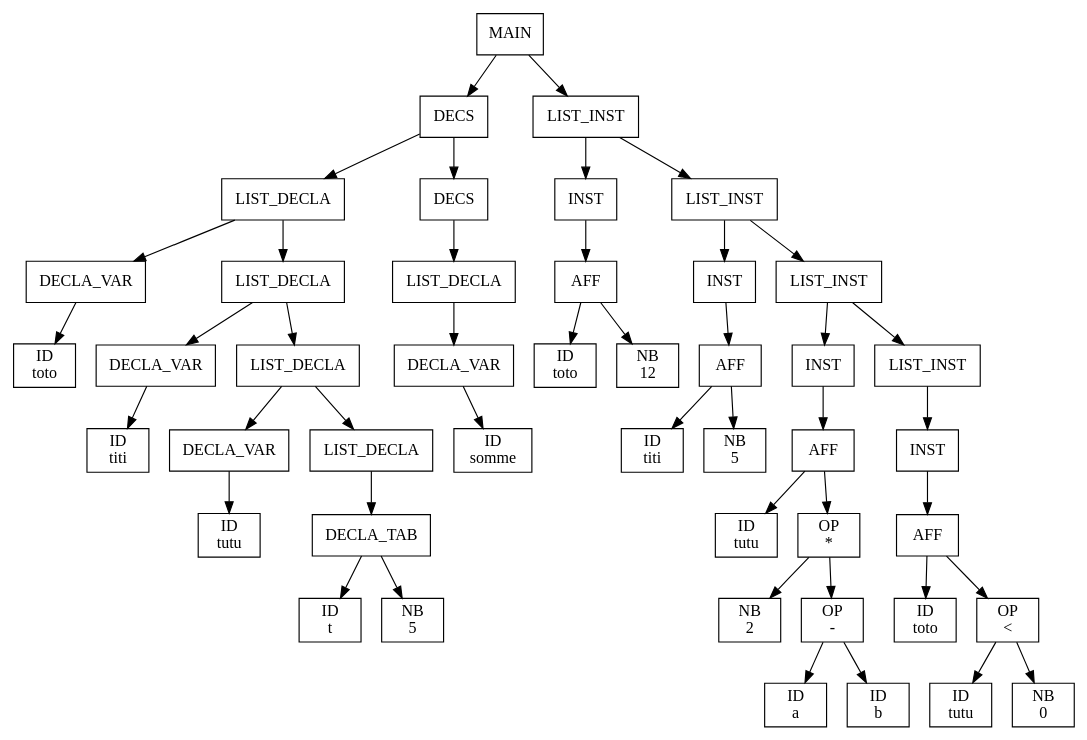
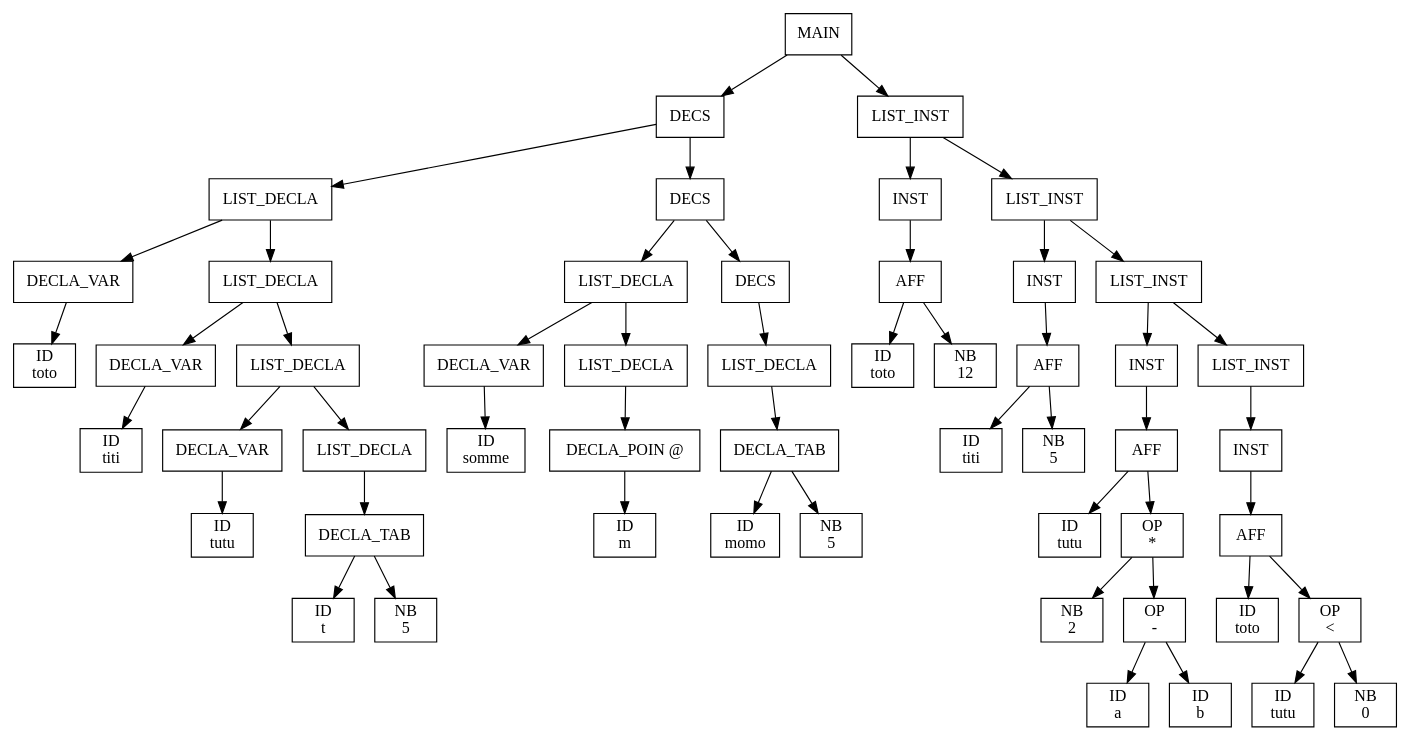
One commit to aswailem195/Projet-ARC--Algo-RAM-Compiler--20231213 changed the diagram in out/output.dot. Above: the diagram before and after it, drawn with Graphviz. The commit also changed 9 other files, not shown here.

```diff
--- a/out/output.dot
+++ b/out/output.dot
@@ -1,91 +1,107 @@
 digraph ASA {
-node0x55819952f1f0 [label="MAIN\n", shape=box];
-node0x55819952f1f0 -> node0x55819952eb30;
-node0x55819952eb30 [label="DECS\n", shape=box];
-node0x55819952eb30 -> node0x55819952e9f0;
-node0x55819952e9f0 [label="LIST_DECLA\n", shape=box];
-node0x55819952e9f0 -> node0x55819952e6f0;
-node0x55819952e6f0 [label="DECLA_VAR\n", shape=box];
-node0x55819952e6f0 -> node0x55819952e730;
-node0x55819952e730 [label="ID\ntoto", shape=box];
-node0x55819952e9f0 -> node0x55819952e9b0;
-node0x55819952e9b0 [label="LIST_DECLA\n", shape=box];
-node0x55819952e9b0 -> node0x55819952e770;
-node0x55819952e770 [label="DECLA_VAR\n", shape=box];
-node0x55819952e770 -> node0x55819952e7b0;
-node0x55819952e7b0 [label="ID\ntiti", shape=box];
-node0x55819952e9b0 -> node0x55819952e970;
-node0x55819952e970 [label="LIST_DECLA\n", shape=box];
-node0x55819952e970 -> node0x55819952e7f0;
-node0x55819952e7f0 [label="DECLA_VAR\n", shape=box];
-node0x55819952e7f0 -> node0x55819952e830;
-node0x55819952e830 [label="ID\ntutu", shape=box];
-node0x55819952e970 -> node0x55819952e930;
-node0x55819952e930 [label="LIST_DECLA\n", shape=box];
-node0x55819952e930 -> node0x55819952e870;
-node0x55819952e870 [label="DECLA_TAB\n", shape=box];
-node0x55819952e870 -> node0x55819952e8b0;
-node0x55819952e8b0 [label="ID\nt", shape=box];
-node0x55819952e870 -> node0x55819952e8f0;
-node0x55819952e8f0 [label="NB\n5", shape=box];
-node0x55819952eb30 -> node0x55819952eaf0;
-node0x55819952eaf0 [label="DECS\n", shape=box];
-node0x55819952eaf0 -> node0x55819952eab0;
-node0x55819952eab0 [label="LIST_DECLA\n", shape=box];
-node0x55819952eab0 -> node0x55819952ea30;
-node0x55819952ea30 [label="DECLA_VAR\n", shape=box];
-node0x55819952ea30 -> node0x55819952ea70;
-node0x55819952ea70 [label="ID\nsomme", shape=box];
-node0x55819952f1f0 -> node0x55819952f1b0;
-node0x55819952f1b0 [label="LIST_INST\n", shape=box];
-node0x55819952f1b0 -> node0x55819952ec30;
-node0x55819952ec30 [label="INST\n", shape=box];
-node0x55819952ec30 -> node0x55819952ebb0;
-node0x55819952ebb0 [label="AFF\n", shape=box];
-node0x55819952ebb0 -> node0x55819952ebf0;
-node0x55819952ebf0 [label="ID\ntoto", shape=box];
-node0x55819952ebb0 -> node0x55819952eb70;
-node0x55819952eb70 [label="NB\n12", shape=box];
-node0x55819952f1b0 -> node0x55819952f170;
-node0x55819952f170 [label="LIST_INST\n", shape=box];
-node0x55819952f170 -> node0x55819952ed30;
-node0x55819952ed30 [label="INST\n", shape=box];
-node0x55819952ed30 -> node0x55819952ecb0;
-node0x55819952ecb0 [label="AFF\n", shape=box];
-node0x55819952ecb0 -> node0x55819952ecf0;
-node0x55819952ecf0 [label="ID\ntiti", shape=box];
-node0x55819952ecb0 -> node0x55819952ec70;
-node0x55819952ec70 [label="NB\n5", shape=box];
-node0x55819952f170 -> node0x55819952f130;
-node0x55819952f130 [label="LIST_INST\n", shape=box];
-node0x55819952f130 -> node0x55819952ef30;
-node0x55819952ef30 [label="INST\n", shape=box];
-node0x55819952ef30 -> node0x55819952eeb0;
-node0x55819952eeb0 [label="AFF\n", shape=box];
-node0x55819952eeb0 -> node0x55819952eef0;
-node0x55819952eef0 [label="ID\ntutu", shape=box];
-node0x55819952eeb0 -> node0x55819952ee70;
-node0x55819952ee70 [label="OP\n*", shape=box];
-node0x55819952ee70 -> node0x55819952ed70;
-node0x55819952ed70 [label="NB\n2", shape=box];
-node0x55819952ee70 -> node0x55819952ee30;
-node0x55819952ee30 [label="OP\n-", shape=box];
-node0x55819952ee30 -> node0x55819952edb0;
-node0x55819952edb0 [label="ID\na", shape=box];
-node0x55819952ee30 -> node0x55819952edf0;
-node0x55819952edf0 [label="ID\nb", shape=box];
-node0x55819952f130 -> node0x55819952f0f0;
-node0x55819952f0f0 [label="LIST_INST\n", shape=box];
-node0x55819952f0f0 -> node0x55819952f0b0;
-node0x55819952f0b0 [label="INST\n", shape=box];
-node0x55819952f0b0 -> node0x55819952f030;
-node0x55819952f030 [label="AFF\n", shape=box];
-node0x55819952f030 -> node0x55819952f070;
-node0x55819952f070 [label="ID\ntoto", shape=box];
-node0x55819952f030 -> node0x55819952eff0;
-node0x55819952eff0 [label="OP\n<", shape=box];
-node0x55819952eff0 -> node0x55819952ef70;
-node0x55819952ef70 [label="ID\ntutu", shape=box];
-node0x55819952eff0 -> node0x55819952efb0;
-node0x55819952efb0 [label="NB\n0", shape=box];
+node0x55ddd6f6c3f0 [label="MAIN\n", shape=box];
+node0x55ddd6f6c3f0 -> node0x55ddd6f6bd30;
+node0x55ddd6f6bd30 [label="DECS\n", shape=box];
+node0x55ddd6f6bd30 -> node0x55ddd6f6b9f0;
+node0x55ddd6f6b9f0 [label="LIST_DECLA\n", shape=box];
+node0x55ddd6f6b9f0 -> node0x55ddd6f6b6f0;
+node0x55ddd6f6b6f0 [label="DECLA_VAR\n", shape=box];
+node0x55ddd6f6b6f0 -> node0x55ddd6f6b730;
+node0x55ddd6f6b730 [label="ID\ntoto", shape=box];
+node0x55ddd6f6b9f0 -> node0x55ddd6f6b9b0;
+node0x55ddd6f6b9b0 [label="LIST_DECLA\n", shape=box];
+node0x55ddd6f6b9b0 -> node0x55ddd6f6b770;
+node0x55ddd6f6b770 [label="DECLA_VAR\n", shape=box];
+node0x55ddd6f6b770 -> node0x55ddd6f6b7b0;
+node0x55ddd6f6b7b0 [label="ID\ntiti", shape=box];
+node0x55ddd6f6b9b0 -> node0x55ddd6f6b970;
+node0x55ddd6f6b970 [label="LIST_DECLA\n", shape=box];
+node0x55ddd6f6b970 -> node0x55ddd6f6b7f0;
+node0x55ddd6f6b7f0 [label="DECLA_VAR\n", shape=box];
+node0x55ddd6f6b7f0 -> node0x55ddd6f6b830;
+node0x55ddd6f6b830 [label="ID\ntutu", shape=box];
+node0x55ddd6f6b970 -> node0x55ddd6f6b930;
+node0x55ddd6f6b930 [label="LIST_DECLA\n", shape=box];
+node0x55ddd6f6b930 -> node0x55ddd6f6b870;
+node0x55ddd6f6b870 [label="DECLA_TAB\n", shape=box];
+node0x55ddd6f6b870 -> node0x55ddd6f6b8b0;
+node0x55ddd6f6b8b0 [label="ID\nt", shape=box];
+node0x55ddd6f6b870 -> node0x55ddd6f6b8f0;
+node0x55ddd6f6b8f0 [label="NB\n5", shape=box];
+node0x55ddd6f6bd30 -> node0x55ddd6f6bcf0;
+node0x55ddd6f6bcf0 [label="DECS\n", shape=box];
+node0x55ddd6f6bcf0 -> node0x55ddd6f6bb70;
+node0x55ddd6f6bb70 [label="LIST_DECLA\n", shape=box];
+node0x55ddd6f6bb70 -> node0x55ddd6f6ba30;
+node0x55ddd6f6ba30 [label="DECLA_VAR\n", shape=box];
+node0x55ddd6f6ba30 -> node0x55ddd6f6ba70;
+node0x55ddd6f6ba70 [label="ID\nsomme", shape=box];
+node0x55ddd6f6bb70 -> node0x55ddd6f6bb30;
+node0x55ddd6f6bb30 [label="LIST_DECLA\n", shape=box];
+node0x55ddd6f6bb30 -> node0x55ddd6f6bab0;
+node0x55ddd6f6bab0 [label="DECLA_POIN @\n", shape=box];
+node0x55ddd6f6bab0 -> node0x55ddd6f6baf0;
+node0x55ddd6f6baf0 [label="ID\nm", shape=box];
+node0x55ddd6f6bcf0 -> node0x55ddd6f6bcb0;
+node0x55ddd6f6bcb0 [label="DECS\n", shape=box];
+node0x55ddd6f6bcb0 -> node0x55ddd6f6bc70;
+node0x55ddd6f6bc70 [label="LIST_DECLA\n", shape=box];
+node0x55ddd6f6bc70 -> node0x55ddd6f6bbb0;
+node0x55ddd6f6bbb0 [label="DECLA_TAB\n", shape=box];
+node0x55ddd6f6bbb0 -> node0x55ddd6f6bbf0;
+node0x55ddd6f6bbf0 [label="ID\nmomo", shape=box];
+node0x55ddd6f6bbb0 -> node0x55ddd6f6bc30;
+node0x55ddd6f6bc30 [label="NB\n5", shape=box];
+node0x55ddd6f6c3f0 -> node0x55ddd6f6c3b0;
+node0x55ddd6f6c3b0 [label="LIST_INST\n", shape=box];
+node0x55ddd6f6c3b0 -> node0x55ddd6f6be30;
+node0x55ddd6f6be30 [label="INST\n", shape=box];
+node0x55ddd6f6be30 -> node0x55ddd6f6bdb0;
+node0x55ddd6f6bdb0 [label="AFF\n", shape=box];
+node0x55ddd6f6bdb0 -> node0x55ddd6f6bdf0;
+node0x55ddd6f6bdf0 [label="ID\ntoto", shape=box];
+node0x55ddd6f6bdb0 -> node0x55ddd6f6bd70;
+node0x55ddd6f6bd70 [label="NB\n12", shape=box];
+node0x55ddd6f6c3b0 -> node0x55ddd6f6c370;
+node0x55ddd6f6c370 [label="LIST_INST\n", shape=box];
+node0x55ddd6f6c370 -> node0x55ddd6f6bf30;
+node0x55ddd6f6bf30 [label="INST\n", shape=box];
+node0x55ddd6f6bf30 -> node0x55ddd6f6beb0;
+node0x55ddd6f6beb0 [label="AFF\n", shape=box];
+node0x55ddd6f6beb0 -> node0x55ddd6f6bef0;
+node0x55ddd6f6bef0 [label="ID\ntiti", shape=box];
+node0x55ddd6f6beb0 -> node0x55ddd6f6be70;
+node0x55ddd6f6be70 [label="NB\n5", shape=box];
+node0x55ddd6f6c370 -> node0x55ddd6f6c330;
+node0x55ddd6f6c330 [label="LIST_INST\n", shape=box];
+node0x55ddd6f6c330 -> node0x55ddd6f6c130;
+node0x55ddd6f6c130 [label="INST\n", shape=box];
+node0x55ddd6f6c130 -> node0x55ddd6f6c0b0;
+node0x55ddd6f6c0b0 [label="AFF\n", shape=box];
+node0x55ddd6f6c0b0 -> node0x55ddd6f6c0f0;
+node0x55ddd6f6c0f0 [label="ID\ntutu", shape=box];
+node0x55ddd6f6c0b0 -> node0x55ddd6f6c070;
+node0x55ddd6f6c070 [label="OP\n*", shape=box];
+node0x55ddd6f6c070 -> node0x55ddd6f6bf70;
+node0x55ddd6f6bf70 [label="NB\n2", shape=box];
+node0x55ddd6f6c070 -> node0x55ddd6f6c030;
+node0x55ddd6f6c030 [label="OP\n-", shape=box];
+node0x55ddd6f6c030 -> node0x55ddd6f6bfb0;
+node0x55ddd6f6bfb0 [label="ID\na", shape=box];
+node0x55ddd6f6c030 -> node0x55ddd6f6bff0;
+node0x55ddd6f6bff0 [label="ID\nb", shape=box];
+node0x55ddd6f6c330 -> node0x55ddd6f6c2f0;
+node0x55ddd6f6c2f0 [label="LIST_INST\n", shape=box];
+node0x55ddd6f6c2f0 -> node0x55ddd6f6c2b0;
+node0x55ddd6f6c2b0 [label="INST\n", shape=box];
+node0x55ddd6f6c2b0 -> node0x55ddd6f6c230;
+node0x55ddd6f6c230 [label="AFF\n", shape=box];
+node0x55ddd6f6c230 -> node0x55ddd6f6c270;
+node0x55ddd6f6c270 [label="ID\ntoto", shape=box];
+node0x55ddd6f6c230 -> node0x55ddd6f6c1f0;
+node0x55ddd6f6c1f0 [label="OP\n<", shape=box];
+node0x55ddd6f6c1f0 -> node0x55ddd6f6c170;
+node0x55ddd6f6c170 [label="ID\ntutu", shape=box];
+node0x55ddd6f6c1f0 -> node0x55ddd6f6c1b0;
+node0x55ddd6f6c1b0 [label="NB\n0", shape=box];
 }
```
